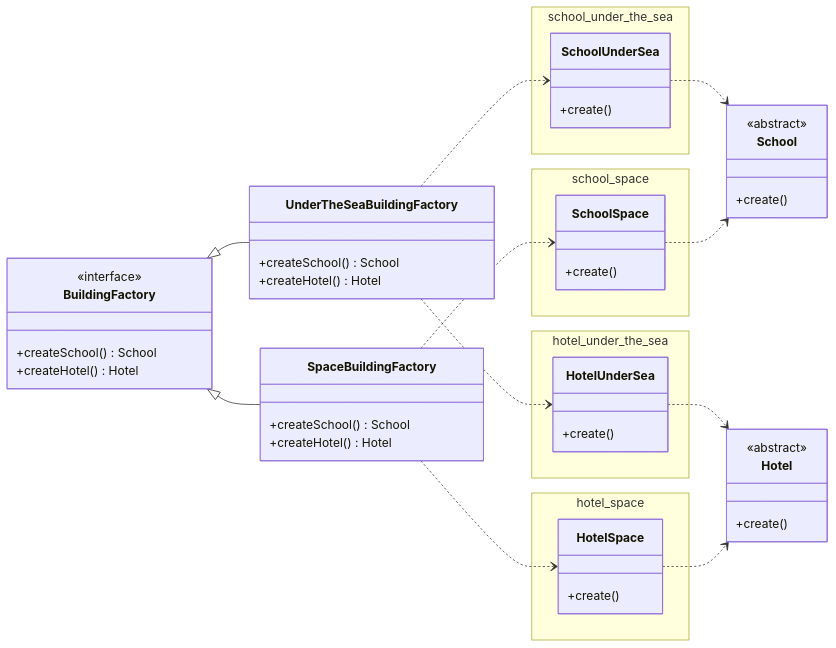
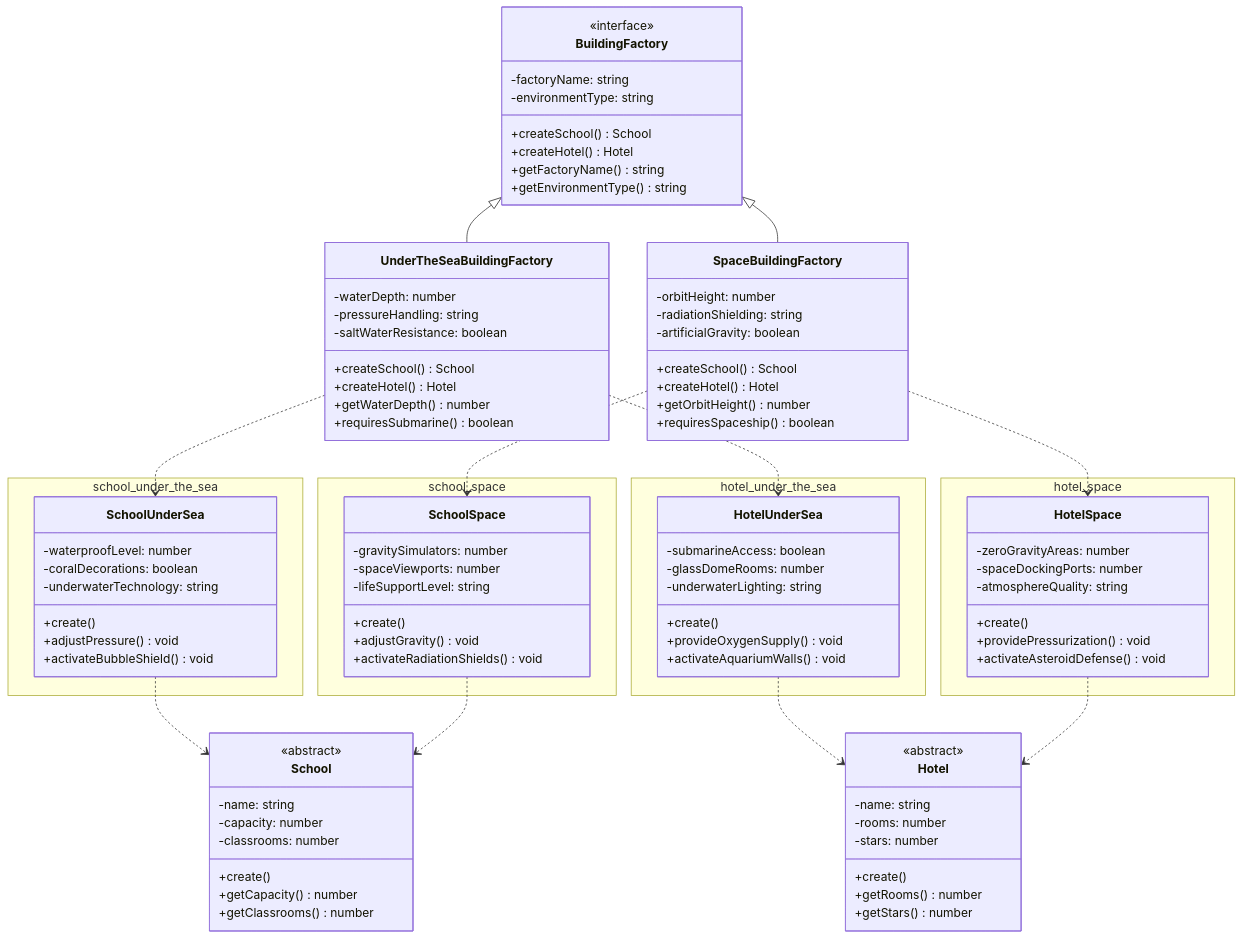
The diagram in Design_Pattern/docs/creational/example/abstract_factory.md (TaiChi112/Documents), drawn with Mermaid before and after one commit.

Commit message:
docs: Update abstract factory diagram with additional properties and methods for underwater and space classes

````diff
--- a/Design_Pattern/docs/creational/example/abstract_factory.md
+++ b/Design_Pattern/docs/creational/example/abstract_factory.md
@@ -1,34 +1,64 @@
 ```mermaid
 classDiagram
-    direction LR
+    direction TD
 
     class School{
         <<abstract>>
+        -name: string
+        -capacity: number
+        -classrooms: number
         +create()
+        +getCapacity() number
+        +getClassrooms() number
     }
     class Hotel{
         <<abstract>>
+        -name: string
+        -rooms: number
+        -stars: number
         +create()
+        +getRooms() number
+        +getStars() number
     }
    
     namespace school_under_the_sea{
         class SchoolUnderSea{
+            -waterproofLevel: number
+            -coralDecorations: boolean
+            -underwaterTechnology: string
             +create()
+            +adjustPressure() void
+            +activateBubbleShield() void
         }
     }
     namespace hotel_under_the_sea{
         class HotelUnderSea{
+            -submarineAccess: boolean
+            -glassDomeRooms: number
+            -underwaterLighting: string
             +create()
+            +provideOxygenSupply() void
+            +activateAquariumWalls() void
         }
     }
     namespace school_space{
         class SchoolSpace{
+            -gravitySimulators: number
+            -spaceViewports: number
+            -lifeSupportLevel: string
             +create()
+            +adjustGravity() void
+            +activateRadiationShields() void
         }
     }
     namespace hotel_space{
         class HotelSpace{
+            -zeroGravityAreas: number
+            -spaceDockingPorts: number
+            -atmosphereQuality: string
             +create()
+            +providePressurization() void
+            +activateAsteroidDefense() void
         }
     }
     
@@ -39,17 +69,31 @@
 
     class BuildingFactory{
         <<interface>>
+        -factoryName: string
+        -environmentType: string
         +createSchool() School
         +createHotel() Hotel
+        +getFactoryName() string
+        +getEnvironmentType() string
     }
     
     class UnderTheSeaBuildingFactory{
+        -waterDepth: number
+        -pressureHandling: string
+        -saltWaterResistance: boolean
         +createSchool() School
         +createHotel() Hotel
+        +getWaterDepth() number
+        +requiresSubmarine() boolean
     }
     class SpaceBuildingFactory{
+        -orbitHeight: number
+        -radiationShielding: string
+        -artificialGravity: boolean
         +createSchool() School
         +createHotel() Hotel
+        +getOrbitHeight() number
+        +requiresSpaceship() boolean
     }
     
     BuildingFactory <|-- UnderTheSeaBuildingFactory
````
